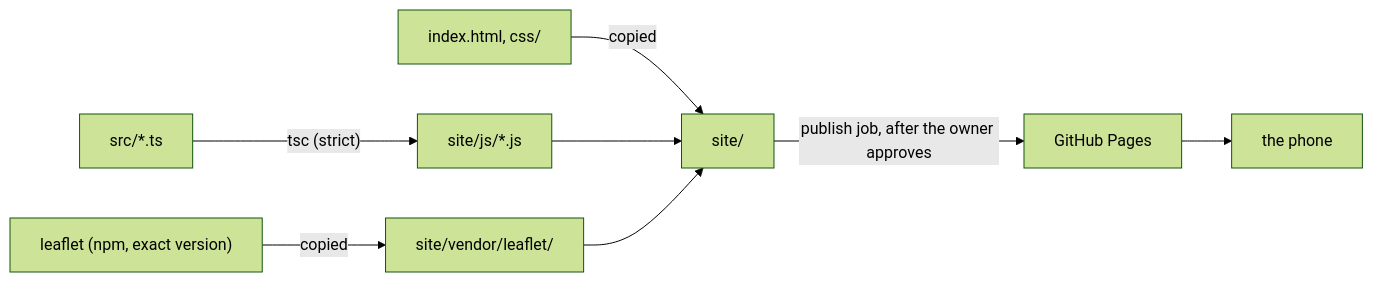
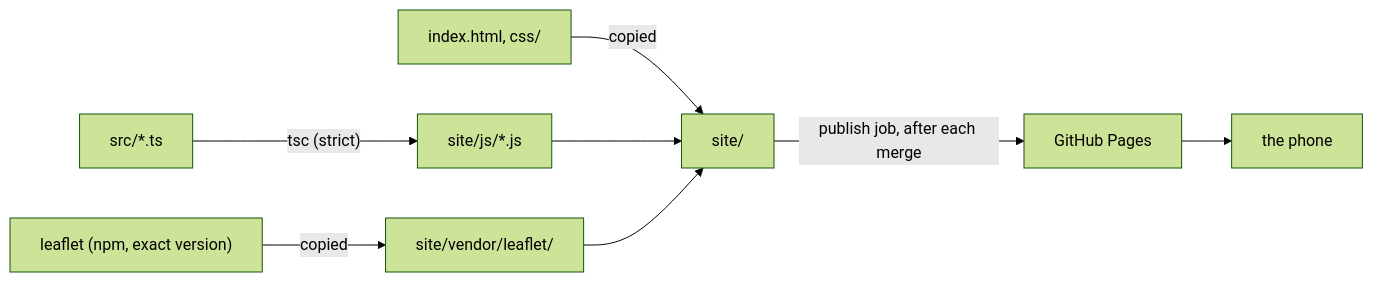
One commit to projects-rs/trip-map changed the third of 3 diagrams in docs/reviews/background.md. Above: the diagram before and after it, drawn with Mermaid (forest theme). The commit also changed 3 other files, not shown here.

````diff
--- a/docs/reviews/background.md
+++ b/docs/reviews/background.md
@@ -169,9 +169,9 @@
 ```mermaid
 flowchart LR
   S["src/*.ts"] -- "tsc (strict)" --> J["site/js/*.js"]
   H["index.html, css/"] -- copied --> SITE["site/"]
   N["leaflet (npm, exact version)"] -- copied --> V["site/vendor/leaflet/"]
   J --> SITE
   V --> SITE
-  SITE -- "publish job, after the owner approves" --> P["GitHub Pages"] --> PHONE["the phone"]
+  SITE -- "publish job, after each merge" --> P["GitHub Pages"] --> PHONE["the phone"]
 ```
````
